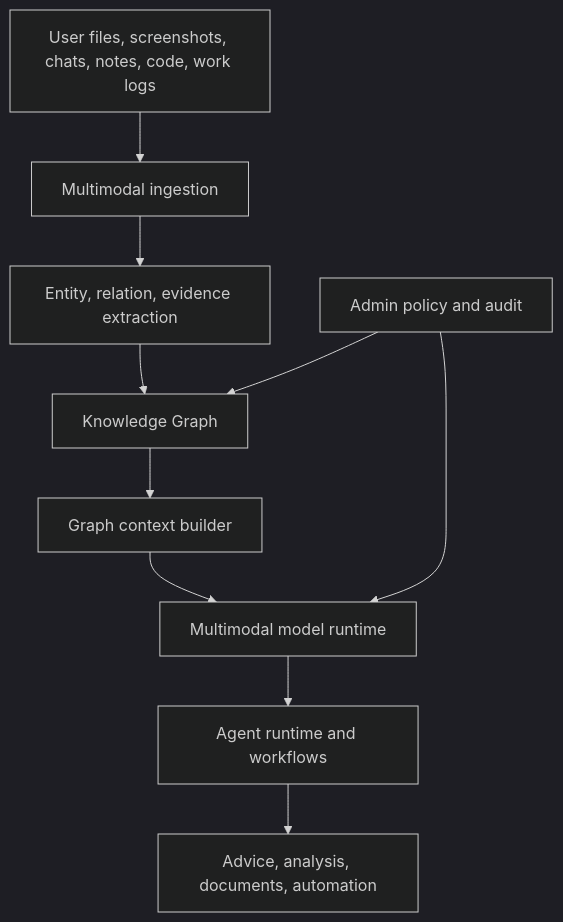
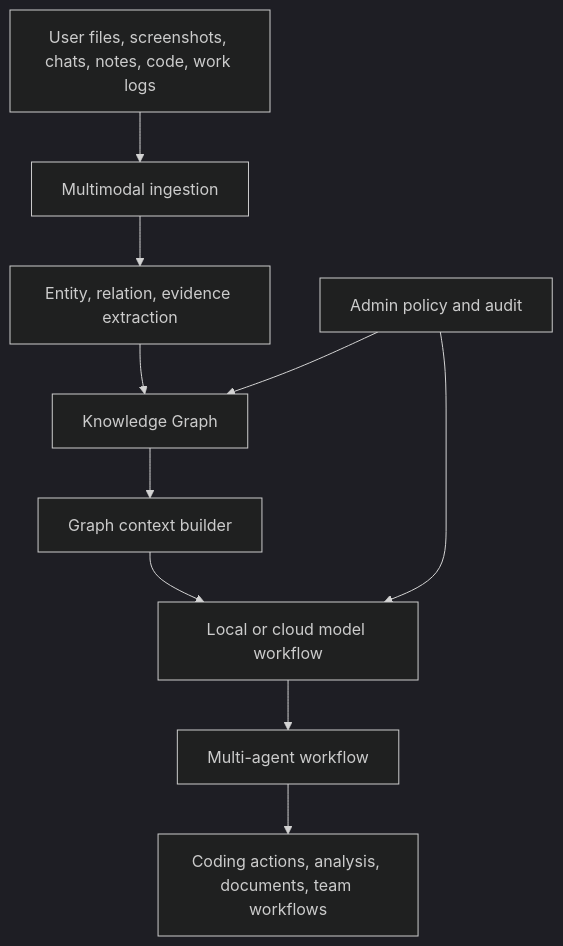
One commit to TaeSooPark-PTS/LatticeAI changed the diagram in docs/architecture.md. Above: the diagram before and after it, drawn with Mermaid (dark theme). The commit also changed other lines of this file and 23 other files, not shown here.

````diff
--- a/docs/architecture.md
+++ b/docs/architecture.md
@@ -20,22 +21,22 @@
 ```mermaid
 flowchart TD
     User["User files, screenshots, chats, notes, code, work logs"]
     Ingestion["Multimodal ingestion"]
     Extract["Entity, relation, evidence extraction"]
     Graph["Knowledge Graph"]
     Context["Graph context builder"]
-    Models["Multimodal model runtime"]
-    Agents["Agent runtime and workflows"]
-    Outputs["Advice, analysis, documents, automation"]
+    Models["Local or cloud model workflow"]
+    Agents["Multi-agent workflow"]
+    Outputs["Coding actions, analysis, documents, team workflows"]
     Admin["Admin policy and audit"]
 
     User --> Ingestion
     Ingestion --> Extract
     Extract --> Graph
     Graph --> Context
     Context --> Models
     Models --> Agents
     Agents --> Outputs
     Admin --> Models
     Admin --> Graph
 ```
````
